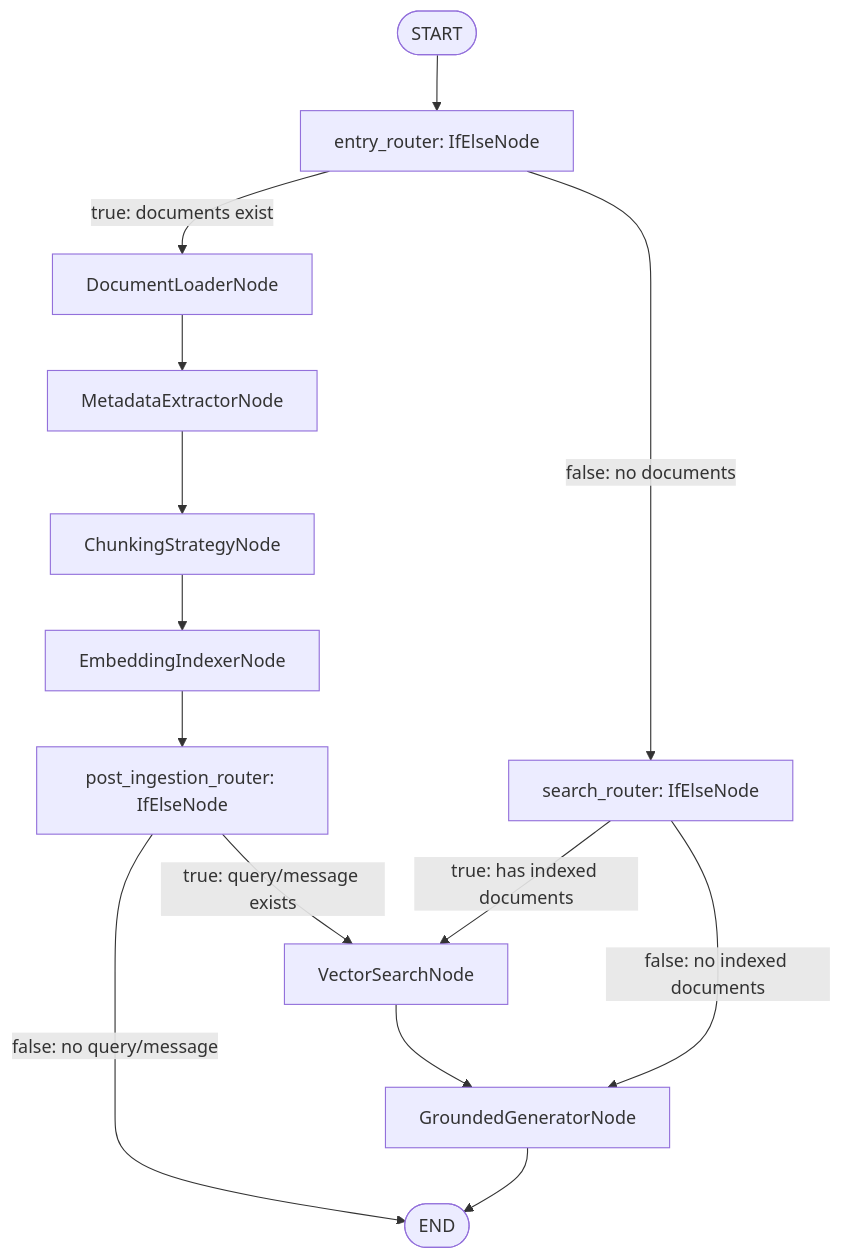
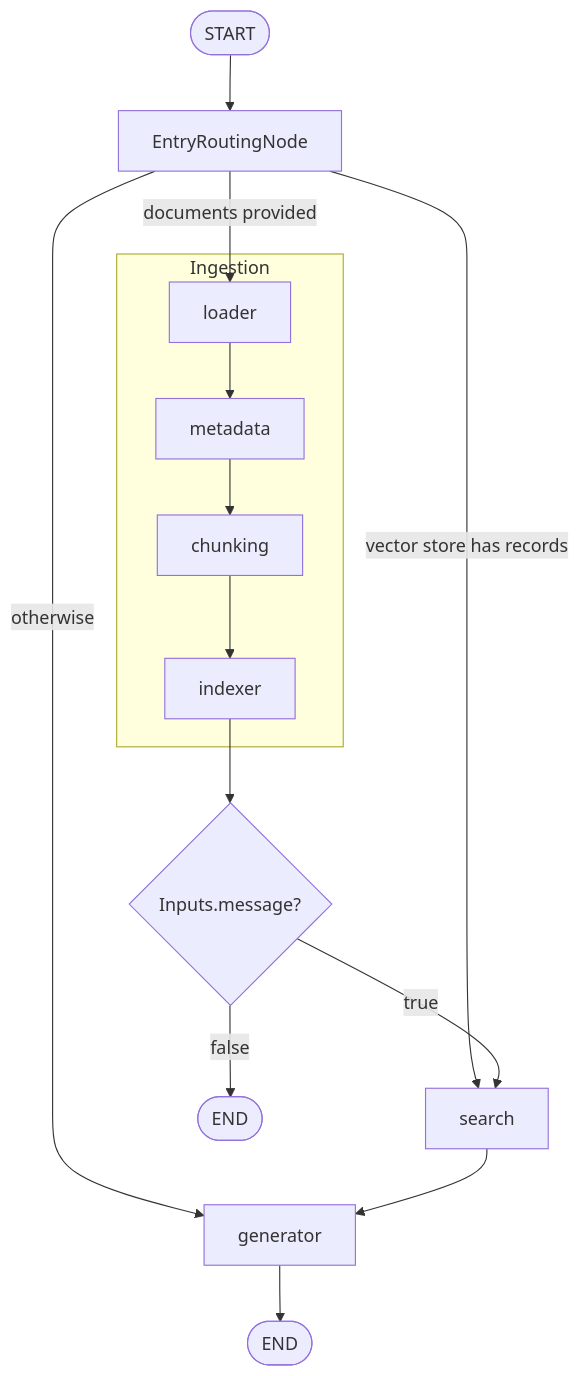
Before and after one commit to ShaojieJiang/orcheo: the first of 5 diagrams in docs/conversational_search/demo_design.md, drawn with Mermaid. The commit also changed other lines of this file, not shown here.

Commit message:
Update demo 1 flowchart

````diff
--- a/docs/conversational_search/demo_design.md
+++ b/docs/conversational_search/demo_design.md
@@ -35,22 +35,17 @@
 ```mermaid
-graph TD
-    Start([START]) --> EntryRouter[entry_router: IfElseNode]
+flowchart TD
+    start([START]) --> entry[EntryRoutingNode]
+    entry -->|documents provided| loader
+    entry -->|vector store has records| search
+    entry -->|otherwise| generator
 
-    EntryRouter -->|true: documents exist| Loader[DocumentLoaderNode]
-    EntryRouter -->|false: no documents| SearchRouter[search_router: IfElseNode]
+    subgraph Ingestion
+        loader --> metadata --> chunking --> indexer
+    end
 
-    Loader --> Metadata[MetadataExtractorNode]
-    Metadata --> Chunking[ChunkingStrategyNode]
-    Chunking --> Indexer[EmbeddingIndexerNode]
+    indexer --> post{Inputs.message?}
+    post -->|true| search
+    post -->|false| end1([END])
 
-    Indexer --> PostRouter[post_ingestion_router: IfElseNode]
-    PostRouter -->|true: query/message exists| Search[VectorSearchNode]
-    PostRouter -->|false: no query/message| End([END])
-
-    Search --> Generator[GroundedGeneratorNode]
-
-    SearchRouter -->|true: has indexed documents| Search
-    SearchRouter -->|false: no indexed documents| Generator
-
-    Generator --> End
+    search --> generator --> end2([END])
 ```
````
